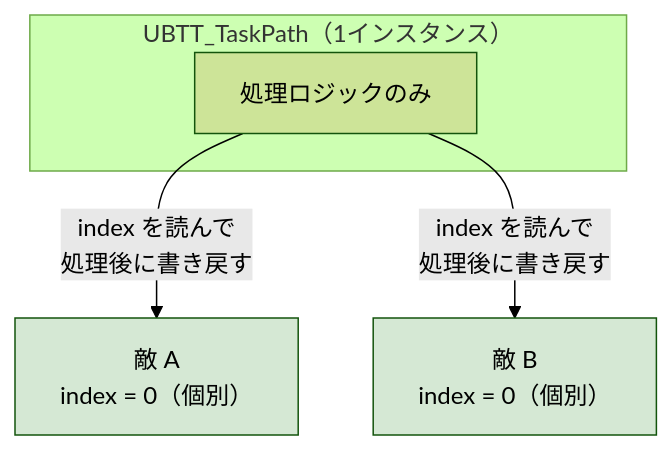
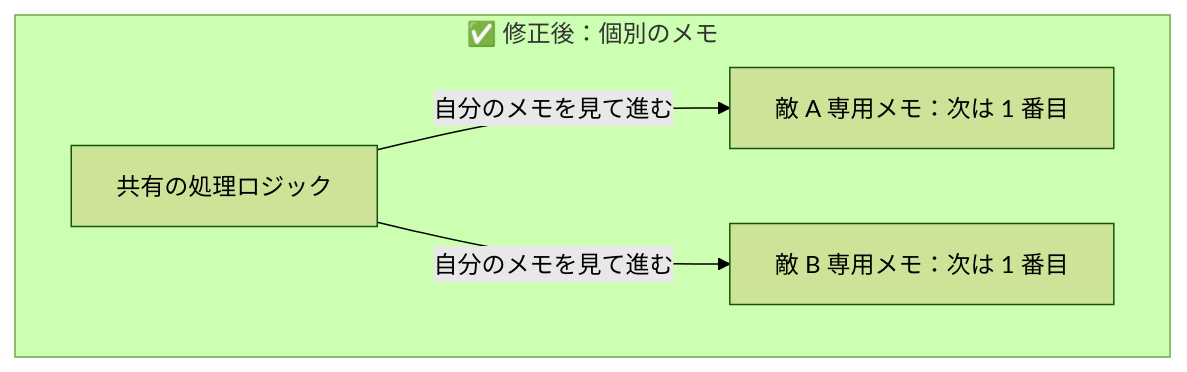
Before and after one commit to yu03040/GUNMAN: the ninth of 9 diagrams in Documentation/AppealPoint.md, drawn with Mermaid (forest theme). The commit also changed other lines of this file and 2 other files, not shown here.

````diff
--- a/Documentation/AppealPoint.md
+++ b/Documentation/AppealPoint.md
@@ -347,12 +474,10 @@
 ```mermaid
 flowchart TD
-    subgraph 共有タスク["UBTT_TaskPath（1インスタンス）"]
-        TASK["処理ロジックのみ"]
+    subgraph 修正後["✅ 修正後：個別のメモ"]
+        TASK["共有の処理ロジック"]
+        EA["敵 A 専用メモ：次は 1 番目"]
+        EB["敵 B 専用メモ：次は 1 番目"]
+        TASK -->|"自分のメモを見て進む"| EA
+        TASK -->|"自分のメモを見て進む"| EB
     end
-    E1["敵 A\nindex = 0（個別）"]
-    E2["敵 B\nindex = 0（個別）"]
-    TASK -->|"index を読んで\n処理後に書き戻す"| E1
-    TASK -->|"index を読んで\n処理後に書き戻す"| E2
-    style E1 fill:#d5e8d4
-    style E2 fill:#d5e8d4
 ```
````
